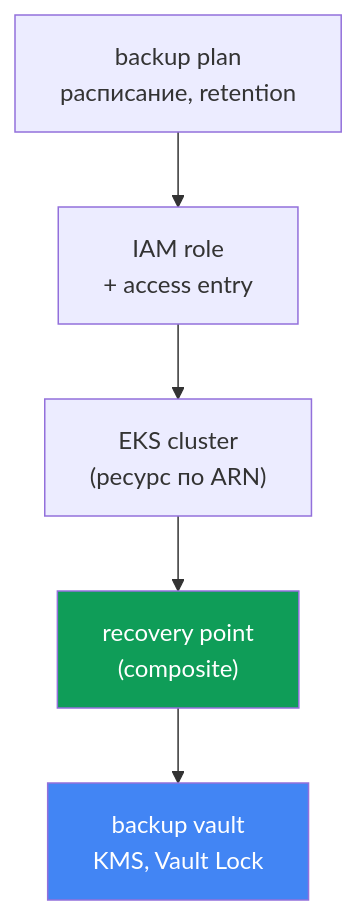
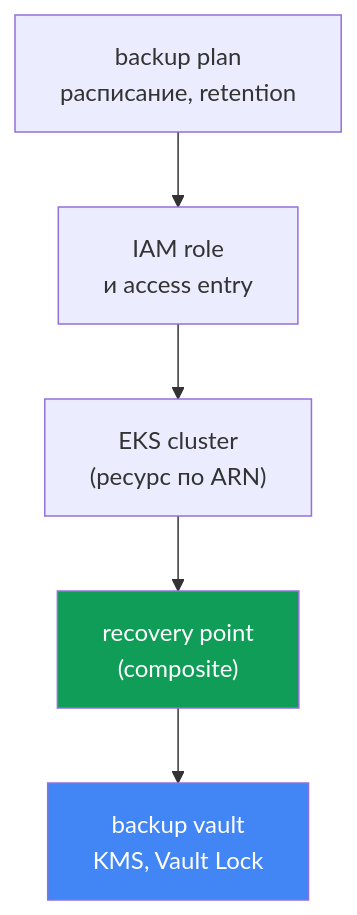
One commit to ViktorUJ/cks changed the first of 3 diagrams in tasks/eks/course/41/ru.md. Above: the diagram before and after it, drawn with Mermaid. The commit also changed other lines of this file and 52 other files, not shown here.

````diff
--- a/tasks/eks/course/41/ru.md
+++ b/tasks/eks/course/41/ru.md
@@ -97,14 +97,14 @@
 ```mermaid
 flowchart TB
-    plan["backup plan<br>расписание, retention"]
-    role["IAM role<br>+ access entry"]
-    eks["EKS cluster<br>(ресурс по ARN)"]
-    vault["backup vault<br>KMS, Vault Lock"]
-    rp["recovery point<br>(composite)"]
+    plan["backup plan<br/>расписание, retention"]
+    role["IAM role<br/>и access entry"]
+    eks["EKS cluster<br/>(ресурс по ARN)"]
+    vault["backup vault<br/>KMS, Vault Lock"]
+    rp["recovery point<br/>(composite)"]
     plan --> role
     role --> eks
     eks --> rp
     rp --> vault
     style vault fill:#4285f4,color:#fff
     style rp fill:#0f9d58,color:#fff
 ```
````
